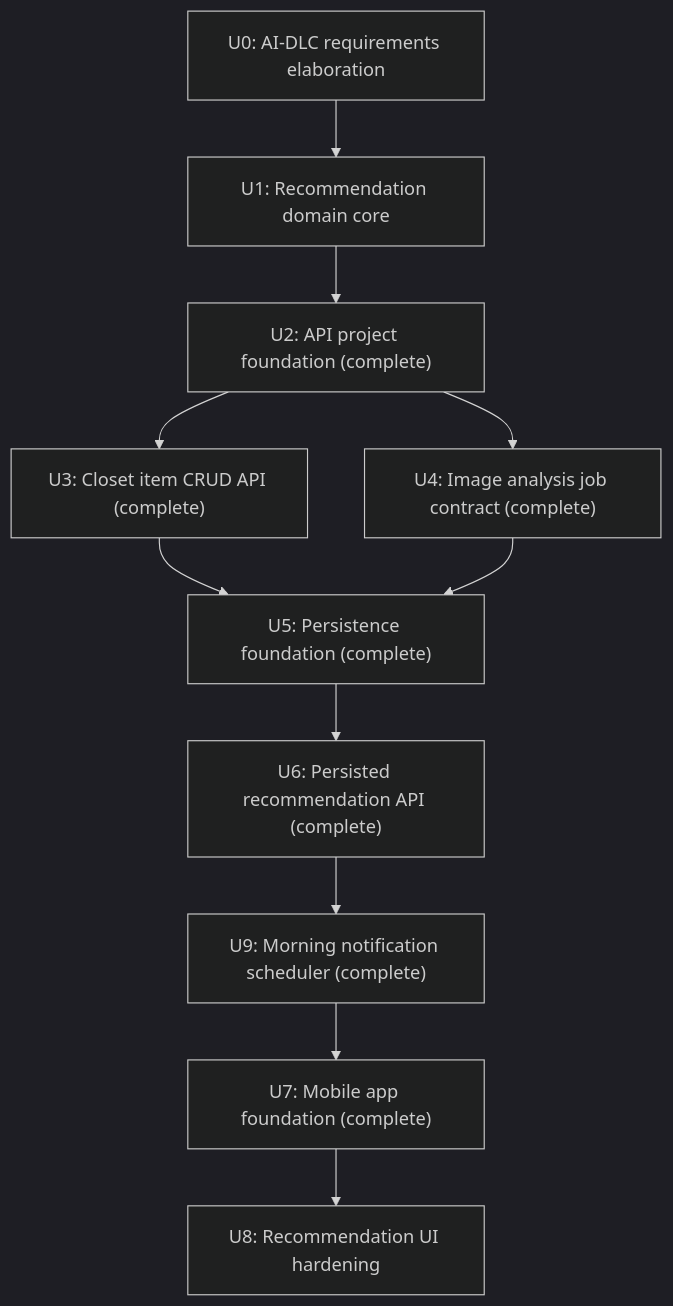
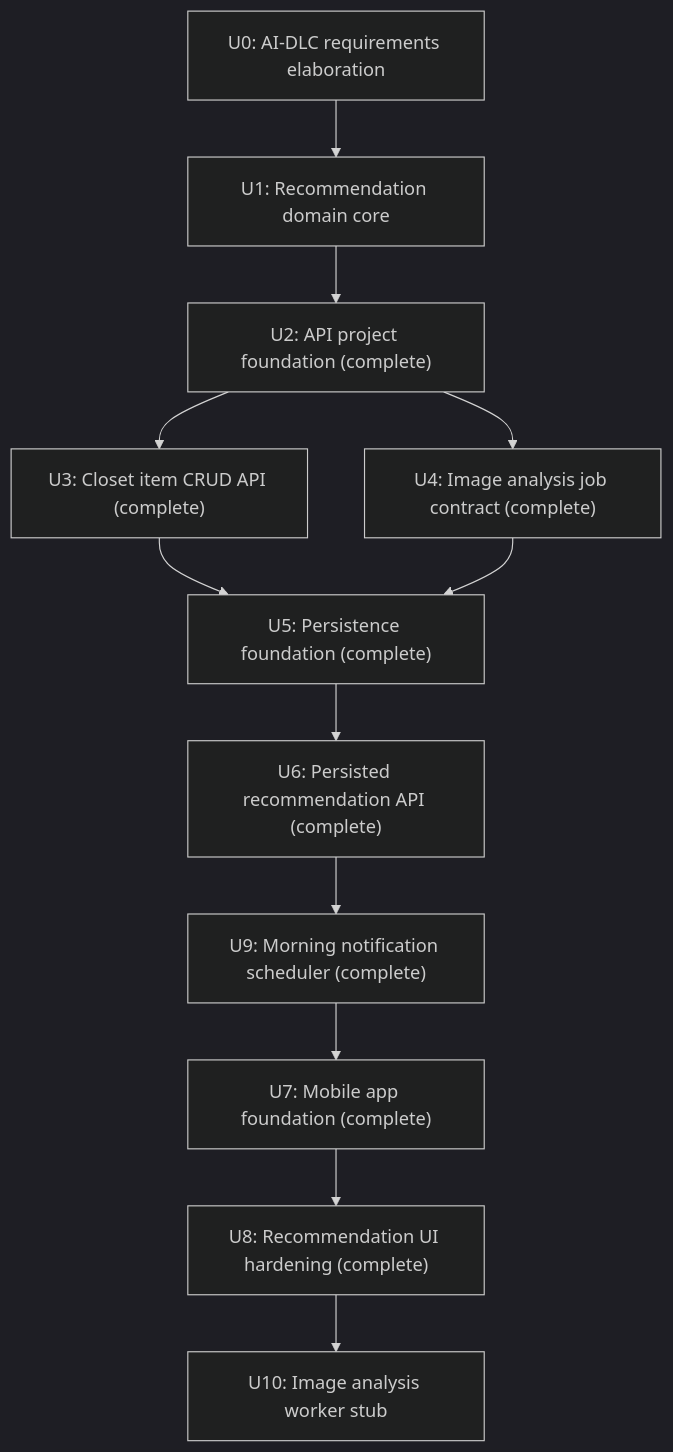
One commit to idealization/Fitlog changed the diagram in requirements/ai_dlc/00_intent.md. Above: the diagram before and after it, drawn with Mermaid (dark theme). The commit also changed other lines of this file and 6 other files, not shown here.

````diff
--- a/requirements/ai_dlc/00_intent.md
+++ b/requirements/ai_dlc/00_intent.md
@@ -30,13 +30,14 @@
 ```mermaid
 flowchart TD
     U0["U0: AI-DLC requirements elaboration"] --> U1["U1: Recommendation domain core"]
     U1 --> U2["U2: API project foundation (complete)"]
     U2 --> U3["U3: Closet item CRUD API (complete)"]
     U2 --> U4["U4: Image analysis job contract (complete)"]
     U3 --> U5["U5: Persistence foundation (complete)"]
     U4 --> U5
     U5 --> U6["U6: Persisted recommendation API (complete)"]
     U6 --> U9["U9: Morning notification scheduler (complete)"]
     U9 --> U7["U7: Mobile app foundation (complete)"]
-    U7 --> U8["U8: Recommendation UI hardening"]
+    U7 --> U8["U8: Recommendation UI hardening (complete)"]
+    U8 --> U10["U10: Image analysis worker stub"]
 ```
````
